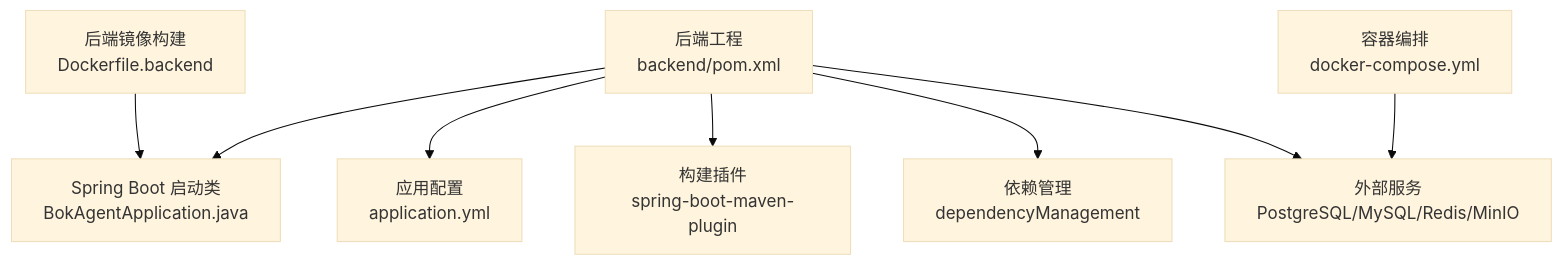
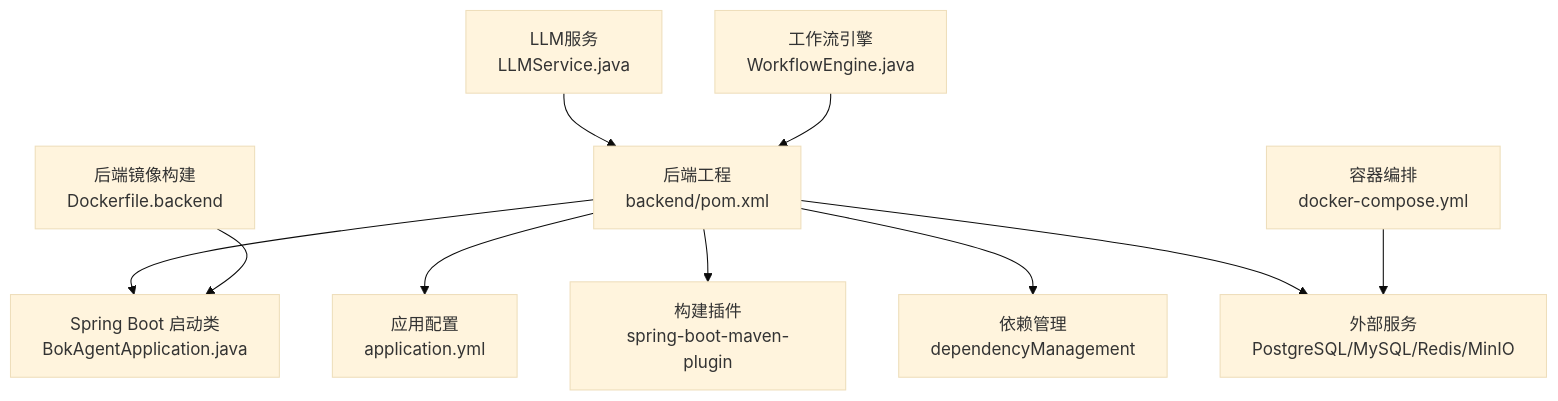
Before and after one commit to cxz64323/bokagent: the first of 5 diagrams in .qoder/repowiki/zh/content/后端系统/依赖管理.md, drawn with Mermaid (base theme). The commit also changed other lines of this file and 6 other files, not shown here.

````diff
--- a/.qoder/repowiki/zh/content/后端系统/依赖管理.md
+++ b/.qoder/repowiki/zh/content/后端系统/依赖管理.md
@@ -34,10 +40,12 @@
 ```mermaid
 graph TB
 A["后端工程<br/>backend/pom.xml"] --> B["Spring Boot 启动类<br/>BokAgentApplication.java"]
 A --> C["应用配置<br/>application.yml"]
 A --> D["构建插件<br/>spring-boot-maven-plugin"]
 A --> E["依赖管理<br/>dependencyManagement"]
 A --> F["外部服务<br/>PostgreSQL/MySQL/Redis/MinIO"]
 G["容器编排<br/>docker-compose.yml"] --> F
 H["后端镜像构建<br/>Dockerfile.backend"] --> B
+I["LLM服务<br/>LLMService.java"] --> A
+J["工作流引擎<br/>WorkflowEngine.java"] --> A
 ```
````
